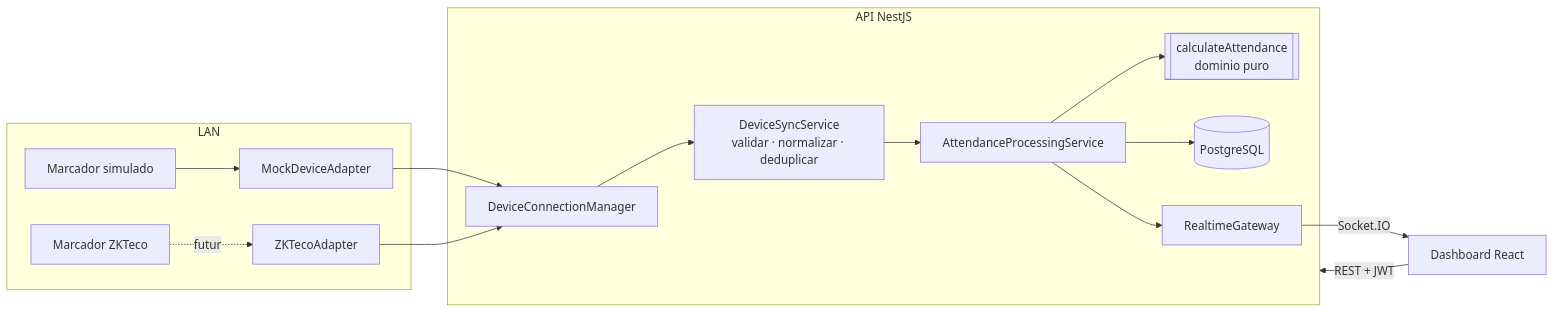
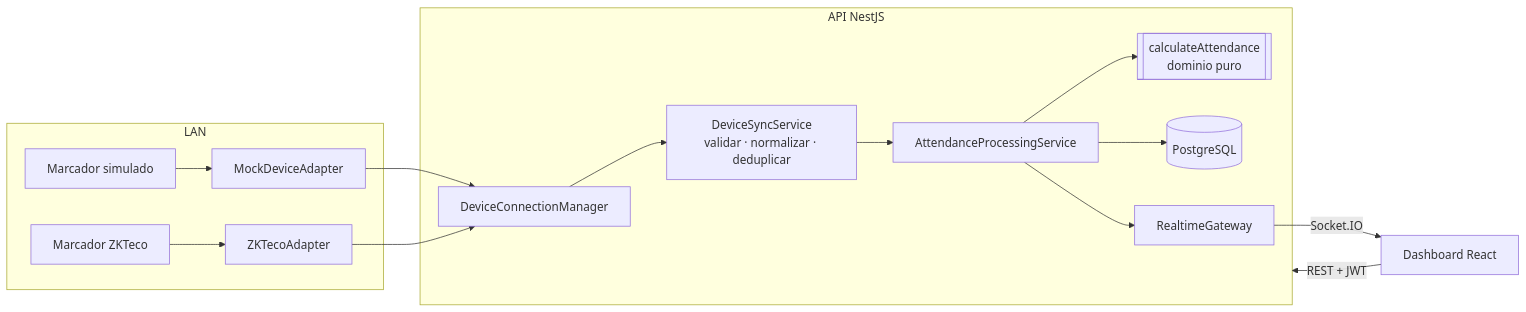
Before and after one commit to Angel17jc/AsistControl: the diagram in README.md, drawn with Mermaid. The commit also changed other lines of this file and 15 other files, not shown here.

````diff
--- a/README.md
+++ b/README.md
@@ -49,18 +49,18 @@
 ```mermaid
 flowchart LR
   subgraph LAN
-    D1[Marcador ZKTeco] -.futuro.-> A2
+    D1[Marcador ZKTeco] --> A2
     D2[Marcador simulado] --> A1
   end
   subgraph API[API NestJS]
     A1[MockDeviceAdapter] --> CM[DeviceConnectionManager]
     A2[ZKTecoAdapter] --> CM
     CM --> SYNC[DeviceSyncService<br/>validar · normalizar · deduplicar]
     SYNC --> ATT[AttendanceProcessingService]
     ATT --> CALC[[calculateAttendance<br/>dominio puro]]
     ATT --> DB[(PostgreSQL)]
     ATT --> RT[RealtimeGateway]
   end
   RT -- Socket.IO --> WEB[Dashboard React]
   WEB -- REST + JWT --> API
 ```
````
